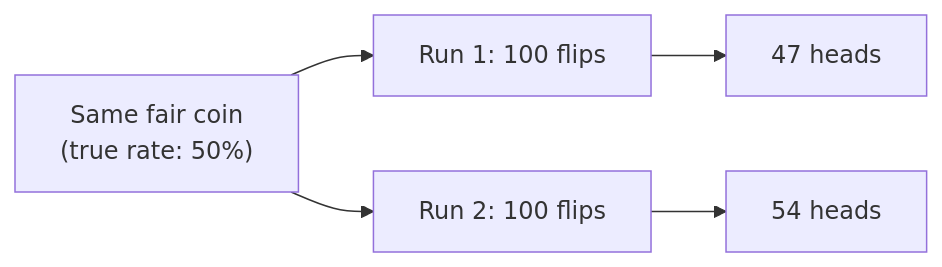
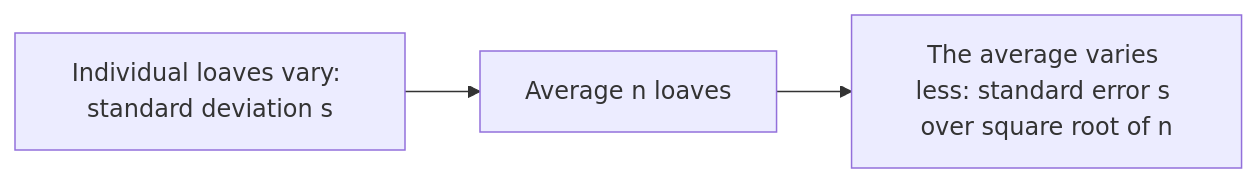
One commit to francoandreDev/knowledge changed the first of 2 diagrams in src/content/applied-math/statistics/L2-concept.mdx. Above: the diagram before and after it, drawn with Mermaid. The commit also changed other lines of this file and 3 other files, not shown here.

````diff
--- a/src/content/applied-math/statistics/L2-concept.mdx
+++ b/src/content/applied-math/statistics/L2-concept.mdx
@@ -29,7 +62,5 @@
 ```mermaid
 flowchart LR
-    A["Same fair coin\n(true rate: 50%)"] --> B["Run 1: 100 flips"]
-    A --> C["Run 2: 100 flips"]
-    B --> D["47 heads"]
-    C --> E["54 heads"]
+    I["Individual loaves vary: standard deviation s"] --> A["Average n loaves"]
+    A --> W["The average varies less: standard error s over square root of n"]
 ```
````
